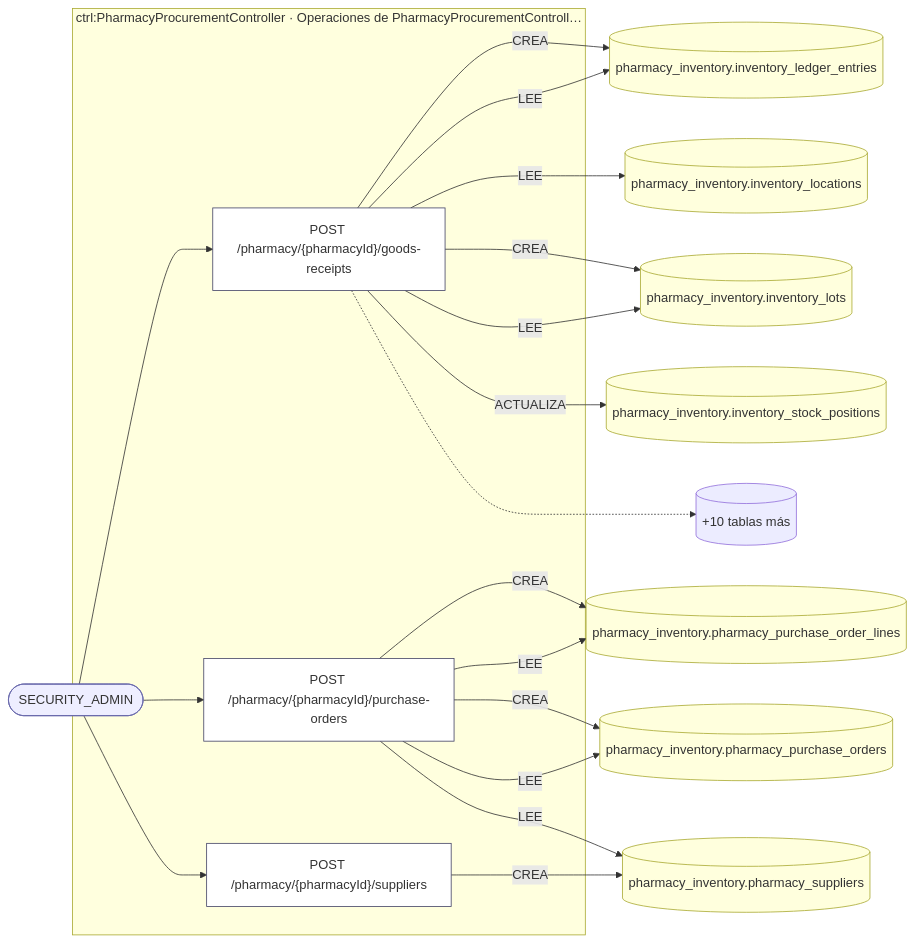
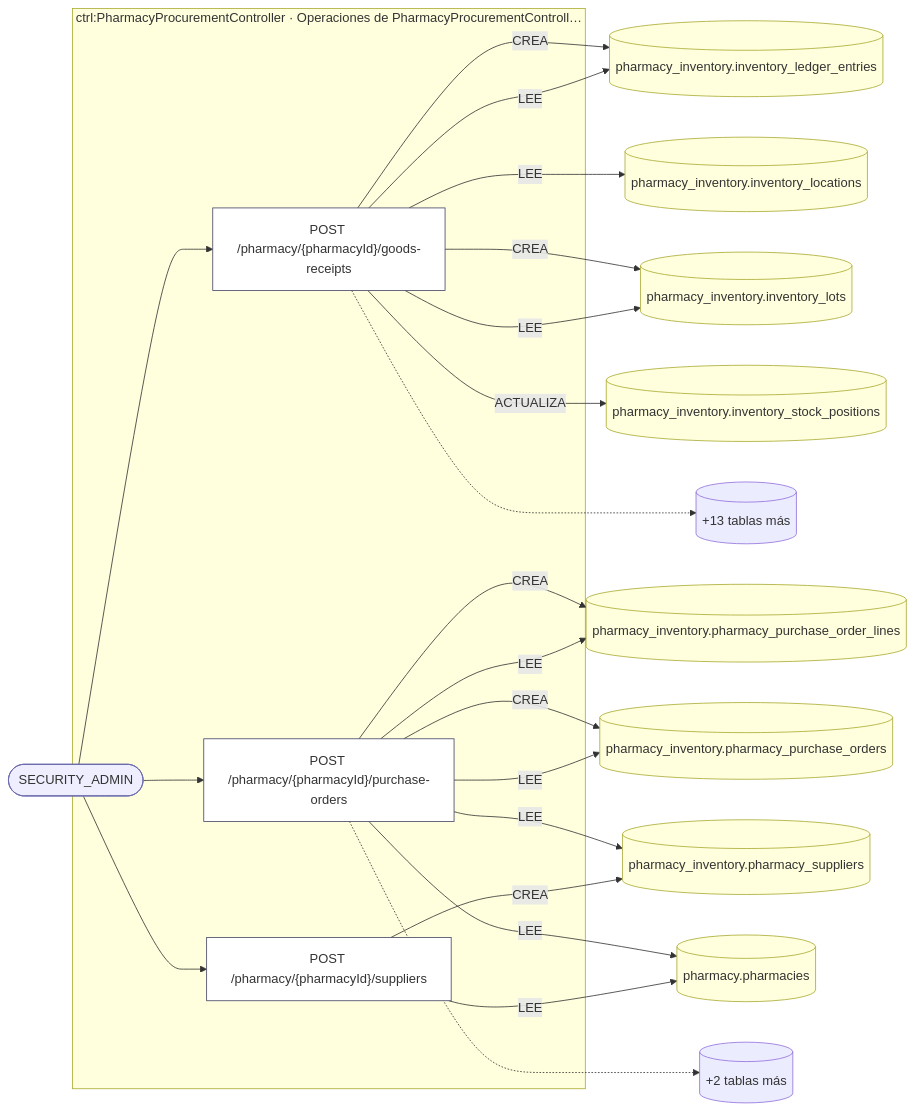
Before and after one commit to mdavila-2001/mantra-core-health-api: the second of 31 diagrams in docs/inventario/flujos/pharmacy_inventory.md, drawn with Mermaid. The commit also changed other lines of this file and 438 other files, not shown here.

````diff
--- a/docs/inventario/flujos/pharmacy_inventory.md
+++ b/docs/inventario/flujos/pharmacy_inventory.md
@@ -363,37 +378,42 @@
 ```mermaid
 flowchart LR
   a2(["SECURITY_ADMIN"]):::actor
   t3[("pharmacy_inventory.inventory_ledger_entries")]:::tabla
   t4[("pharmacy_inventory.inventory_locations")]:::tabla
   t5[("pharmacy_inventory.inventory_lots")]:::tabla
   t6[("pharmacy_inventory.inventory_stock_positions")]:::tabla
   t9[("pharmacy_inventory.pharmacy_purchase_order_lines")]:::tabla
   t10[("pharmacy_inventory.pharmacy_purchase_orders")]:::tabla
   t11[("pharmacy_inventory.pharmacy_suppliers")]:::tabla
-  t7[("+10 tablas más")]
+  t12[("pharmacy.pharmacies")]:::tabla
+  t7[("+13 tablas más")]
+  t13[("+2 tablas más")]
   subgraph s0["ctrl:PharmacyProcurementController · Operaciones de PharmacyProcurementControll…"]
     o1["POST /pharmacy/{pharmacyId}/goods-receipts"]:::op
     o8["POST /pharmacy/{pharmacyId}/purchase-orders"]:::op
-    o12["POST /pharmacy/{pharmacyId}/suppliers"]:::op
+    o14["POST /pharmacy/{pharmacyId}/suppliers"]:::op
   end
   a2 --> o1
   o1 -->|"CREA"| t3
   o1 -->|"LEE"| t3
   o1 -->|"LEE"| t4
   o1 -->|"CREA"| t5
   o1 -->|"LEE"| t5
   o1 -->|"ACTUALIZA"| t6
   o1 -.-> t7
   a2 --> o8
   o8 -->|"CREA"| t9
   o8 -->|"LEE"| t9
   o8 -->|"CREA"| t10
   o8 -->|"LEE"| t10
   o8 -->|"LEE"| t11
-  a2 --> o12
-  o12 -->|"CREA"| t11
+  o8 -->|"LEE"| t12
+  o8 -.-> t13
+  a2 --> o14
+  o14 -->|"CREA"| t11
+  o14 -->|"LEE"| t12
   classDef op fill:#fff,stroke:#446
   classDef actor fill:#eef,stroke:#66a
   classDef tabla fill:#ffd,stroke:#aa3
   classDef evento fill:#efe,stroke:#3a3
 ```
````
